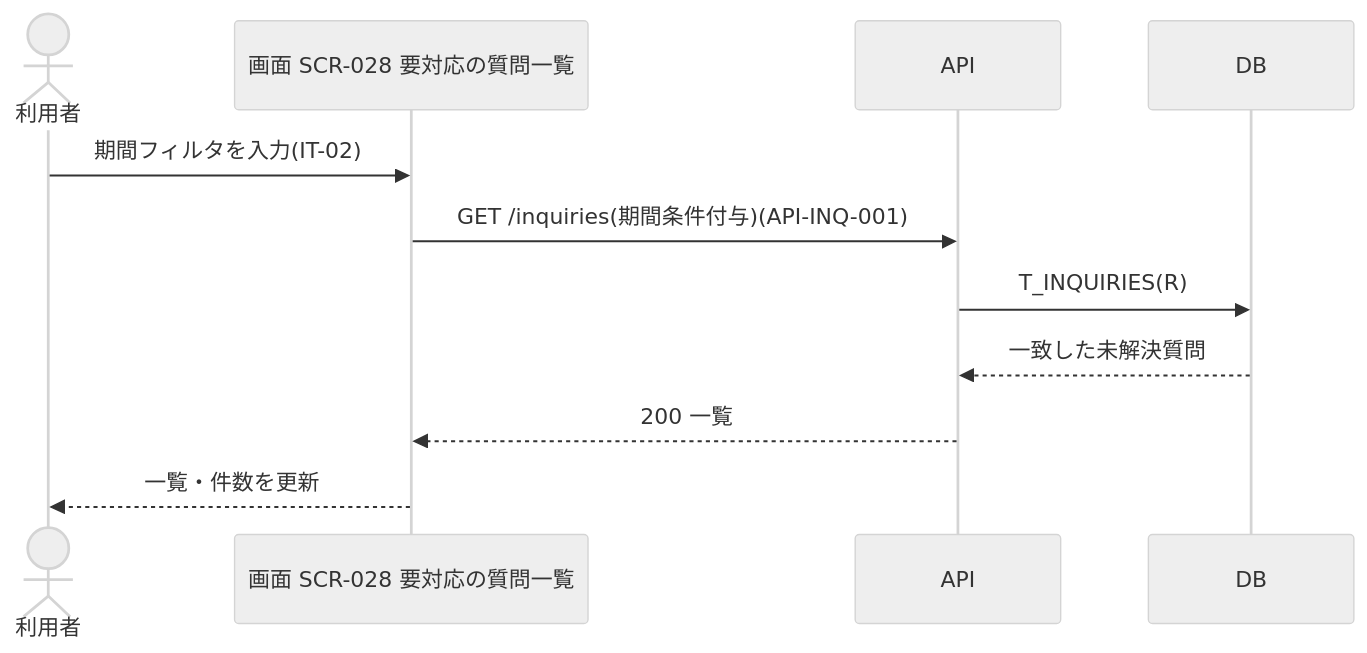
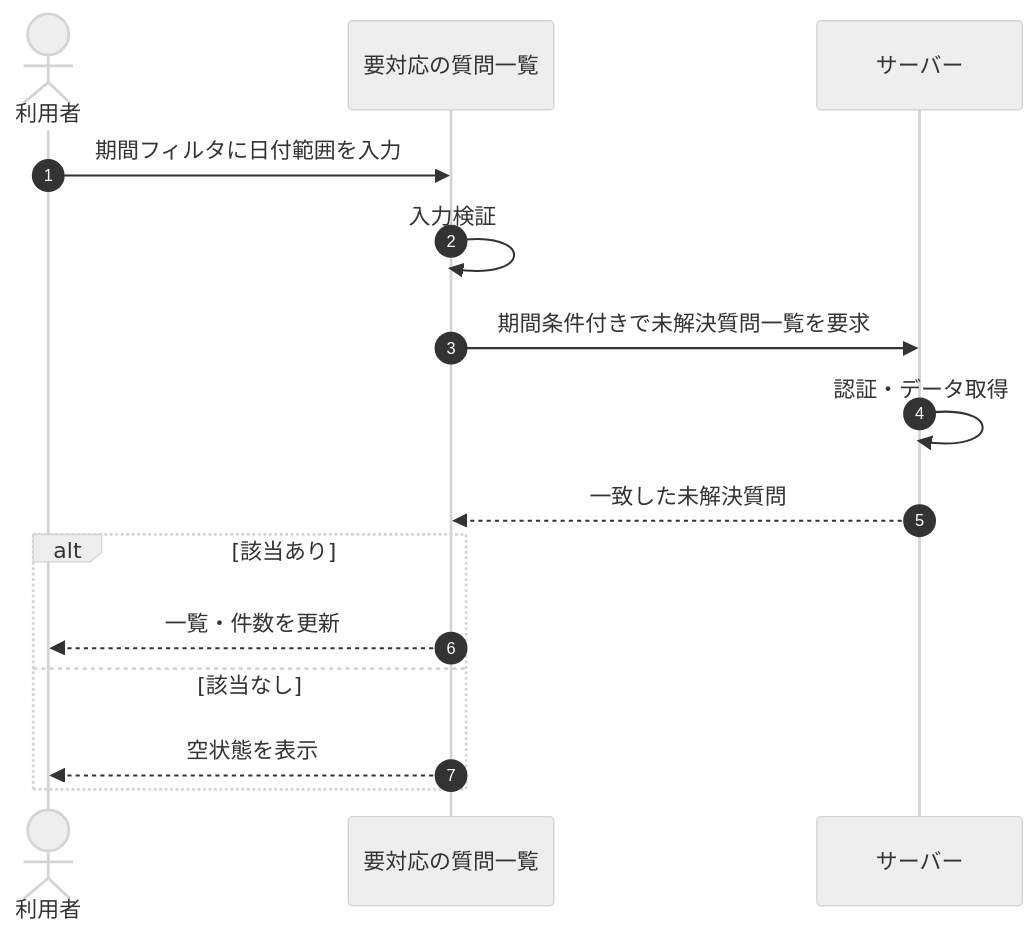
Before and after one commit to sikakou54/open-faq: the diagram in 02_basic_design/05_sequences/SEQ-017.md, drawn with Mermaid (neutral theme). The commit also changed other lines of this file and 108 other files, not shown here.

First line of the commit message:
基本設計: シーケンス図を基本設計粒度(ユーザー/画面/サーバー)へ再編成

````diff
--- a/02_basic_design/05_sequences/SEQ-017.md
+++ b/02_basic_design/05_sequences/SEQ-017.md
@@ -25,13 +32,17 @@
 ```mermaid
 sequenceDiagram
+  autonumber
   actor U as 利用者
-  participant S as 画面 SCR-028 要対応の質問一覧
-  participant API as API
-  participant DB as DB
-  U->>S: 期間フィルタを入力(IT-02)
-  S->>API: GET /inquiries(期間条件付与)(API-INQ-001)
-  API->>DB: T_INQUIRIES(R)
-  DB-->>API: 一致した未解決質問
-  API-->>S: 200 一覧
-  S-->>U: 一覧・件数を更新
+  participant Screen as 要対応の質問一覧
+  participant Server as サーバー
+  U->>Screen: 期間フィルタに日付範囲を入力
+  Screen->>Screen: 入力検証
+  Screen->>Server: 期間条件付きで未解決質問一覧を要求
+  Server->>Server: 認証・データ取得
+  Server-->>Screen: 一致した未解決質問
+  alt 該当あり
+    Screen-->>U: 一覧・件数を更新
+  else 該当なし
+    Screen-->>U: 空状態を表示
+  end
 ```
````
